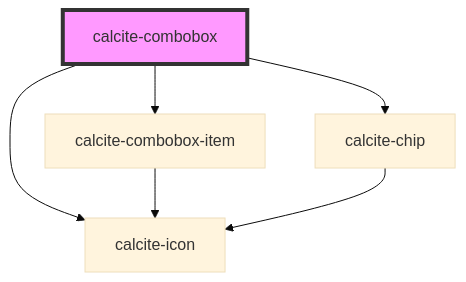
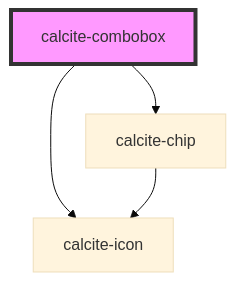
One commit to vikivakarvc/calcite-design-system changed the diagram in src/components/calcite-combobox/readme.md. Above: the diagram before and after it, drawn with Mermaid (base theme). The commit also changed other lines of this file and 60 other files, not shown here.

````diff
--- a/src/components/calcite-combobox/readme.md
+++ b/src/components/calcite-combobox/readme.md
@@ -50,9 +50,7 @@
 ```mermaid
 graph TD;
-  calcite-combobox --> calcite-combobox-item
   calcite-combobox --> calcite-chip
   calcite-combobox --> calcite-icon
-  calcite-combobox-item --> calcite-icon
   calcite-chip --> calcite-icon
   style calcite-combobox fill:#f9f,stroke:#333,stroke-width:4px
 ```
````
